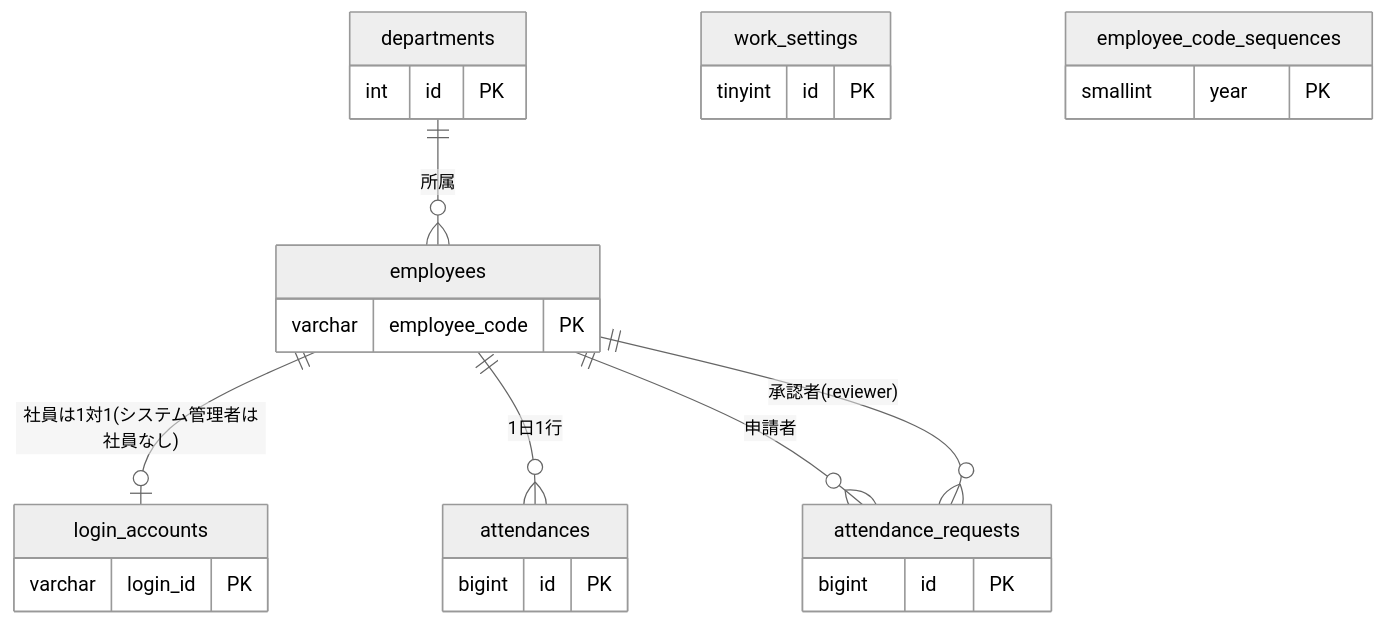
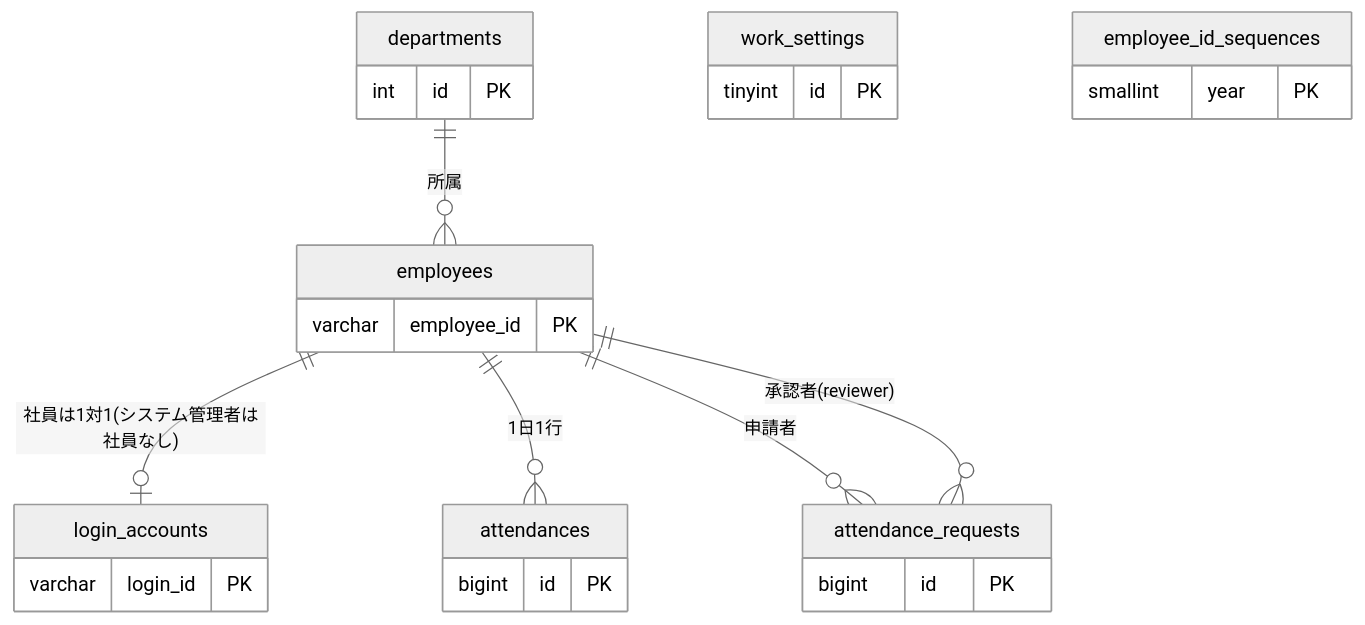
The diagram in docs/DB設計書.md (9r4/nm_attendance), drawn with Mermaid (neutral theme) before and after one commit. The commit also changed other lines of this file and 7 other files, not shown here.

Commit message:
DBの列名を変更（employee_code→employee_id ほか）、移行SQLと適用手順を追加(D-040)

````diff
--- a/docs/DB設計書.md
+++ b/docs/DB設計書.md
@@ -24,15 +24,15 @@
 ```mermaid
 erDiagram
     departments ||--o{ employees : "所属"
     employees ||--o| login_accounts : "社員は1対1(システム管理者は社員なし)"
     employees ||--o{ attendances : "1日1行"
     employees ||--o{ attendance_requests : "申請者"
     employees ||--o{ attendance_requests : "承認者(reviewer)"
     departments { int id PK }
-    employees { varchar employee_code PK }
+    employees { varchar employee_id PK }
     login_accounts { varchar login_id PK }
     attendances { bigint id PK }
     attendance_requests { bigint id PK }
     work_settings { tinyint id PK }
-    employee_code_sequences { smallint year PK }
+    employee_id_sequences { smallint year PK }
 ```
````
